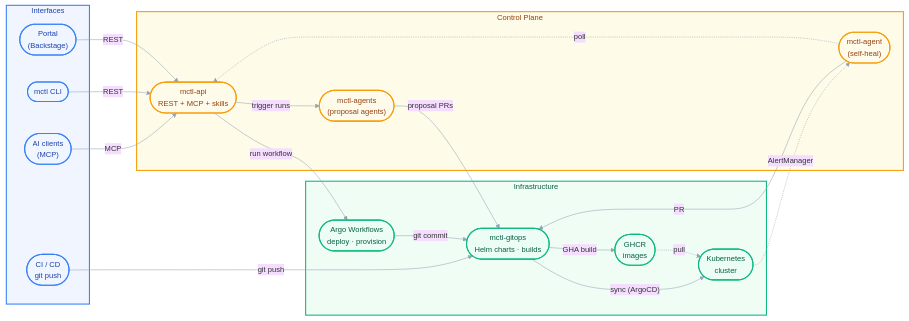
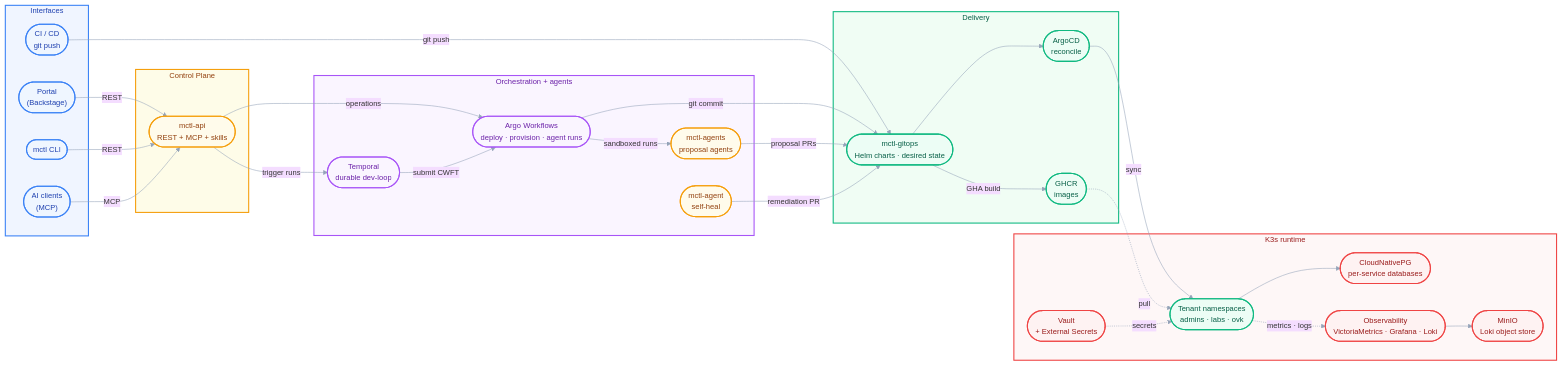
One commit to mctlhq/.github changed the first of 3 diagrams in profile/README.md. Above: the diagram before and after it, drawn with Mermaid. The commit also changed other lines of this file, not shown here.

First line of the commit message:
docs(profile): refresh architecture diagrams, add tenancy view

````diff
--- a/profile/README.md
+++ b/profile/README.md
@@ -87,46 +87,71 @@
 ```mermaid
 %%{init: {'theme': 'base', 'themeVariables': {'lineColor': '#94a3b8', 'fontSize': '14px'}}}%%
 graph LR
   classDef iface fill:#eff6ff,stroke:#3b82f6,stroke-width:2px,color:#1e40af
   classDef ctrl fill:#fffbeb,stroke:#f59e0b,stroke-width:2px,color:#92400e
+  classDef orch fill:#faf5ff,stroke:#a855f7,stroke-width:2px,color:#6b21a8
   classDef infra fill:#ecfdf5,stroke:#10b981,stroke-width:2px,color:#065f46
+  classDef data fill:#fef2f2,stroke:#ef4444,stroke-width:2px,color:#991b1b
+
 
   subgraph interfaces ["  Interfaces  "]
     Portal(["Portal<br/>(Backstage)"]):::iface
     CLI(["mctl CLI"]):::iface
     AI(["AI clients<br/>(MCP)"]):::iface
-    GitOps(["CI / CD<br/>git push"]):::iface
+    Push(["CI / CD<br/>git push"]):::iface
   end
 
   subgraph controlplane ["  Control Plane  "]
     API(["mctl-api<br/>REST + MCP + skills"]):::ctrl
-    Agent(["mctl-agent<br/>(self-heal)"]):::ctrl
-    Agents(["mctl-agents<br/>(proposal agents)"]):::ctrl
   end
 
-  subgraph infra_group ["  Infrastructure  "]
-    Argo(["Argo Workflows<br/>deploy · provision"]):::infra
-    Gitops(["mctl-gitops<br/>Helm charts · builds"]):::infra
+  subgraph orchestration ["  Orchestration + agents  "]
+    Temporal(["Temporal<br/>durable dev-loop"]):::orch
+    Argo(["Argo Workflows<br/>deploy · provision · agent runs"]):::orch
+    Agents(["mctl-agents<br/>proposal agents"]):::ctrl
+    Agent(["mctl-agent<br/>self-heal"]):::ctrl
+  end
+
+  subgraph delivery ["  Delivery  "]
+    Gitops(["mctl-gitops<br/>Helm charts · desired state"]):::infra
+    ArgoCD(["ArgoCD<br/>reconcile"]):::infra
     GHCR(["GHCR<br/>images"]):::infra
-    K8s(["Kubernetes<br/>cluster"]):::infra
+  end
+
+  subgraph runtime ["  K3s runtime  "]
+    Tenants(["Tenant namespaces<br/>admins · labs · ovk"]):::infra
+    Vault(["Vault<br/>+ External Secrets"]):::data
+    PG(["CloudNativePG<br/>per-service databases"]):::data
+    Obs(["Observability<br/>VictoriaMetrics · Grafana · Loki"]):::data
+    MinIO(["MinIO<br/>Loki object store"]):::data
   end
 
   Portal -- REST --> API
   CLI -- REST --> API
   AI -- MCP --> API
-  API -- run workflow --> Argo
+  Push -- git push --> Gitops
+
+  API -- operations --> Argo
+  API -- trigger runs --> Temporal
+  Temporal -- submit CWFT --> Argo
+  Argo -- sandboxed runs --> Agents
   Argo -- git commit --> Gitops
-  Gitops -- "sync (ArgoCD)" --> K8s
+  Agents -- proposal PRs --> Gitops
+  Agent -- remediation PR --> Gitops
+
   Gitops -- "GHA build" --> GHCR
-  GHCR -. pull .-> K8s
-  GitOps -- git push --> Gitops
-  Agent -- PR --> Gitops
-  Agent -. poll .-> API
-  API -- trigger runs --> Agents
-  Agents -- proposal PRs --> Gitops
-  K8s -. "AlertManager" .-> Agent
+  Gitops --> ArgoCD
+  ArgoCD -- sync --> Tenants
+  GHCR -. pull .-> Tenants
+
+  Vault -. secrets .-> Tenants
+  Tenants --> PG
+  Tenants -. metrics · logs .-> Obs
+  Obs --> MinIO
 
   style interfaces fill:#f0f5ff,stroke:#3b82f6,stroke-width:2px,color:#1e40af
   style controlplane fill:#fefce8,stroke:#f59e0b,stroke-width:2px,color:#92400e
-  style infra_group fill:#f0fdf4,stroke:#10b981,stroke-width:2px,color:#065f46
+  style orchestration fill:#faf5ff,stroke:#a855f7,stroke-width:2px,color:#6b21a8
+  style delivery fill:#f0fdf4,stroke:#10b981,stroke-width:2px,color:#065f46
+  style runtime fill:#fef7f7,stroke:#ef4444,stroke-width:2px,color:#991b1b
 ```
````
